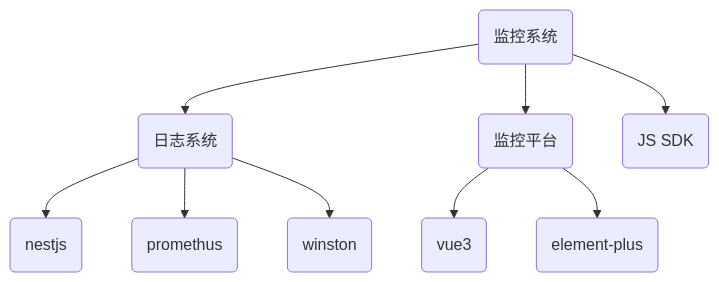
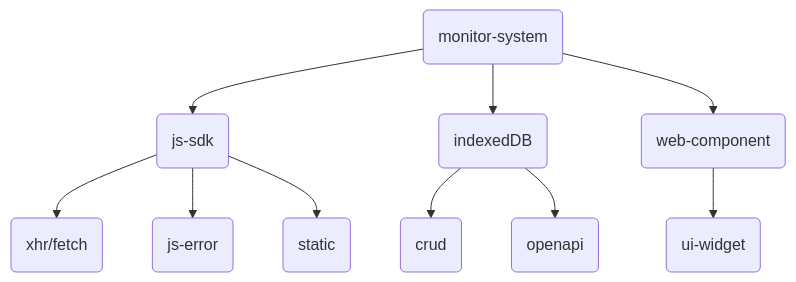
The first of 2 diagrams in docs/pages/essay/monitor.md (cxhan/development-notes), drawn with Mermaid before and after one commit. The commit also changed other lines of this file and 7 other files, not shown here.

````diff
--- a/docs/pages/essay/monitor.md
+++ b/docs/pages/essay/monitor.md
@@ -17,11 +17,12 @@
 ```mermaid
 flowchart TB
-A(监控系统)-->B1(日志系统)
-A-->B2(监控平台)
-A-->B3(JS SDK)
-B1-->C1(nestjs)
-B1-->C2(promethus)
-B1-->C3(winston)
-B2-->D1(vue3)
-B2-->D2(element-plus)
+A(monitor-system)-->B1(js-sdk)
+A-->B2(indexedDB)
+A-->B3(web-component)
+B1-->C1(xhr/fetch)
+B1-->C2(js-error)
+B1-->C3(static)
+B2-->D1(crud)
+B2-->D2(openapi)
+B3-->E1(ui-widget)
 ```
````
